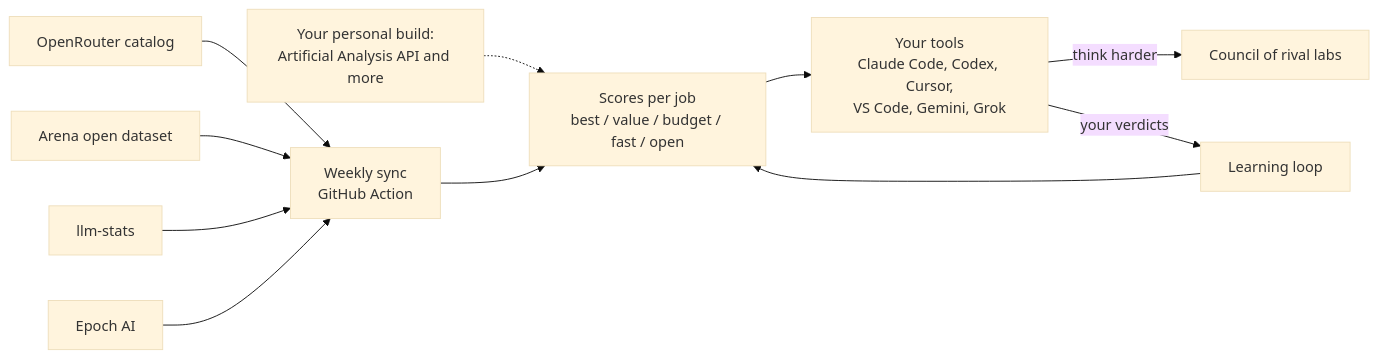
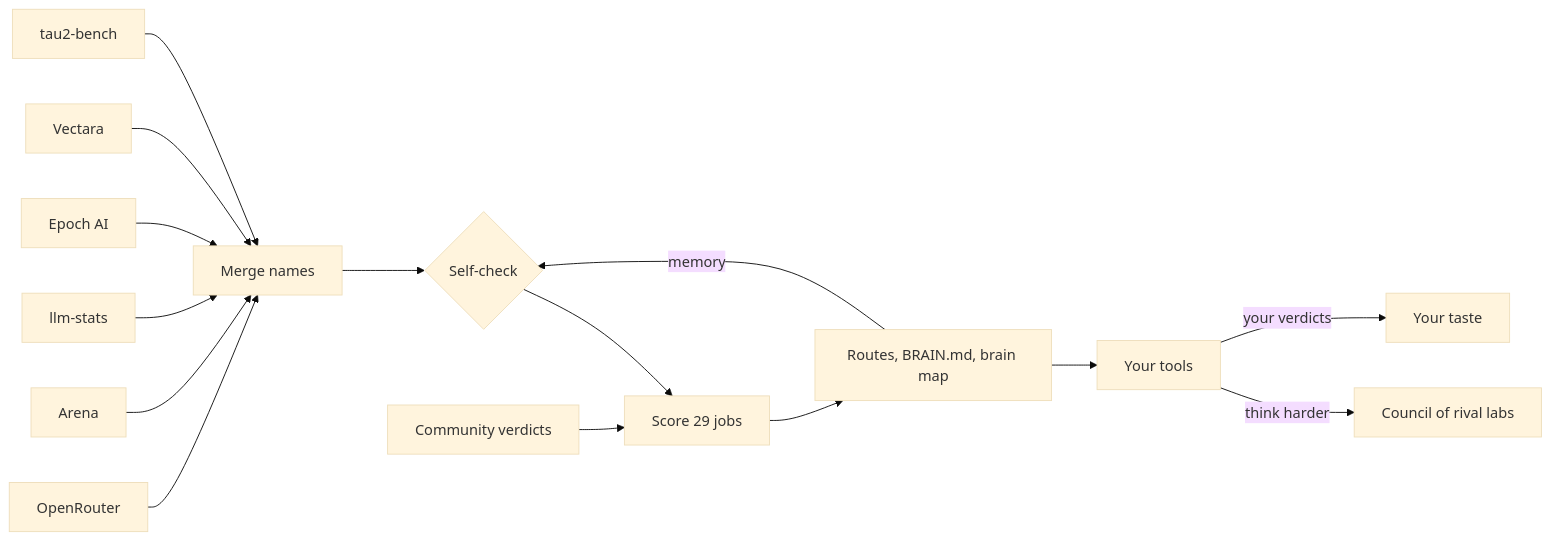
One commit to stephanochse/thalamus changed the diagram in README.md. Above: the diagram before and after it, drawn with Mermaid (base theme). The commit also changed other lines of this file and 44 other files, not shown here.

First line of the commit message:
feat: every lab, a self-checking brain, community verdicts, new sources

````diff
--- a/README.md
+++ b/README.md
@@ -26,13 +162,17 @@
 ```mermaid
 flowchart LR
-  A[OpenRouter catalog] --> S
-  B[Arena open dataset] --> S
-  C[llm-stats] --> S
-  D[Epoch AI] --> S
-  P[Your personal build:<br/>Artificial Analysis API and more] -.-> R
-  S[Weekly sync<br/>GitHub Action] --> R[Scores per job<br/>best / value / budget / fast / open]
-  R --> T[Your tools<br/>Claude Code, Codex, Cursor,<br/>VS Code, Gemini, Grok]
-  T -->|"think harder"| K[Council of rival labs]
-  T -->|your verdicts| L[Learning loop]
-  L --> R
+  A[OpenRouter] --> M
+  B[Arena] --> M
+  C[llm-stats] --> M
+  D[Epoch AI] --> M
+  E[Vectara] --> M
+  F[tau2-bench] --> M
+  M[Merge names] --> Q{Self-check}
+  Q --> S[Score 29 jobs]
+  V[Community verdicts] --> S
+  S --> R[Routes, BRAIN.md, brain map]
+  R --> T[Your tools]
+  T -->|think harder| K[Council of rival labs]
+  T -->|your verdicts| L[Your taste]
+  R -->|memory| Q
 ```
````
